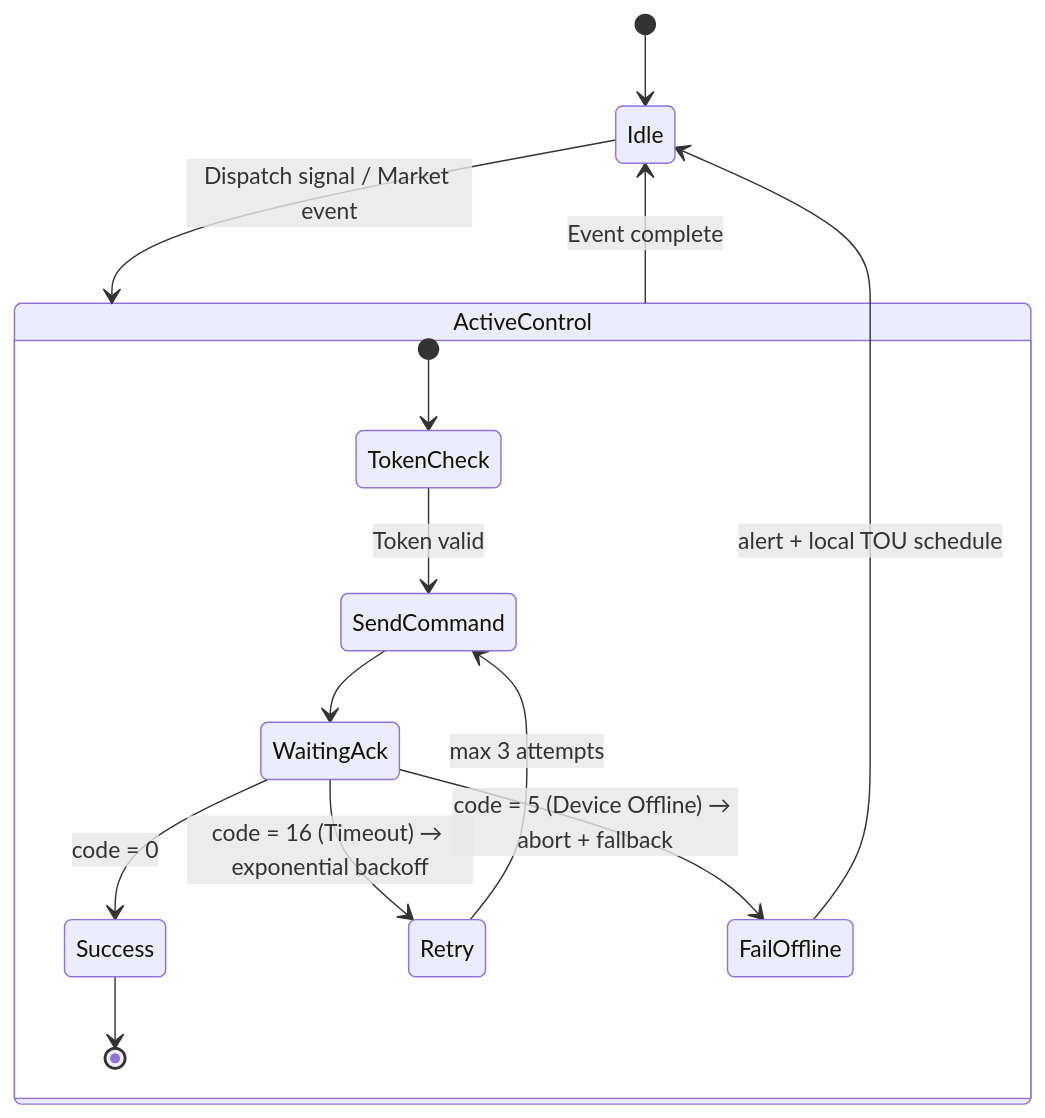
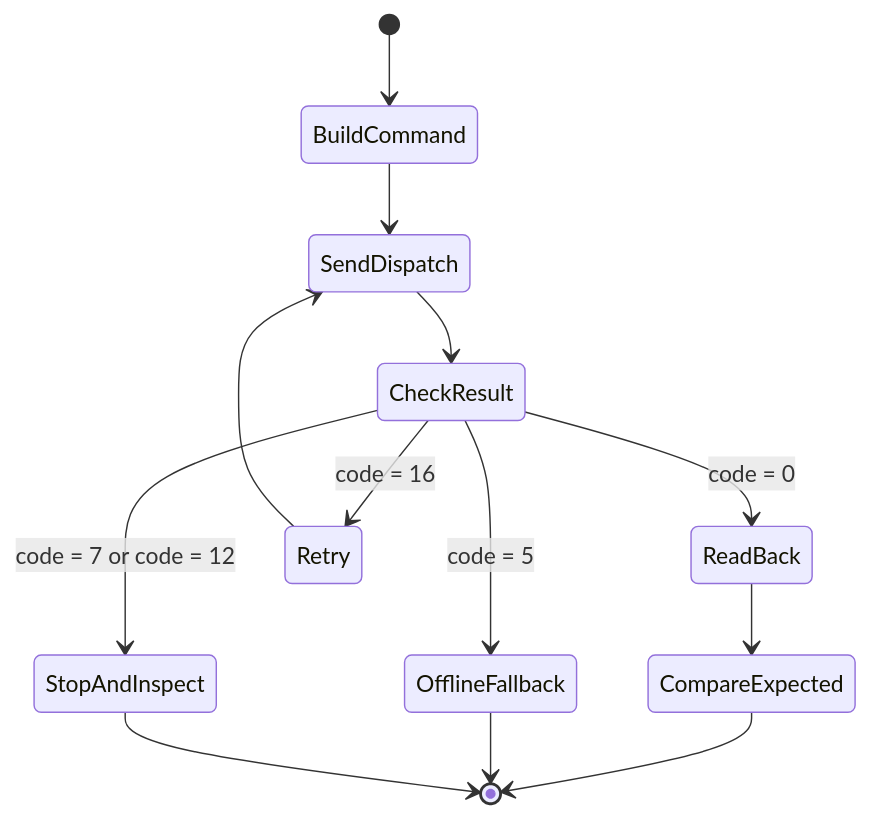
The third of 3 diagrams in Growatt API/Growatt Open API Professional Integration Guide.md (EugeneJian/growatt-unified-api), drawn with Mermaid before and after one commit. The commit also changed other lines of this file and 1 other file, not shown here.

````diff
--- a/Growatt API/Growatt Open API Professional Integration Guide.md
+++ b/Growatt API/Growatt Open API Professional Integration Guide.md
@@ -117,20 +127,15 @@
 ```mermaid
 stateDiagram-v2
-    [*] --> Idle
-    
-    Idle --> ActiveControl : Dispatch signal / Market event
-    
-    state ActiveControl {
-        [*] --> TokenCheck
-        TokenCheck --> SendCommand : Token valid
-        SendCommand --> WaitingAck
-        WaitingAck --> Success : code = 0
-        WaitingAck --> Retry : code = 16 (Timeout) → exponential backoff
-        WaitingAck --> FailOffline : code = 5 (Device Offline) → abort + fallback
-        Success --> [*]
-    }
-    
-    ActiveControl --> Idle : Event complete
-    Retry --> SendCommand : max 3 attempts
-    FailOffline --> Idle : alert + local TOU schedule
+    [*] --> BuildCommand
+    BuildCommand --> SendDispatch
+    SendDispatch --> CheckResult
+    CheckResult --> ReadBack: code = 0
+    CheckResult --> Retry: code = 16
+    CheckResult --> OfflineFallback: code = 5
+    CheckResult --> StopAndInspect: code = 7 or code = 12
+    Retry --> SendDispatch
+    ReadBack --> CompareExpected
+    CompareExpected --> [*]
+    OfflineFallback --> [*]
+    StopAndInspect --> [*]
 ```
````
